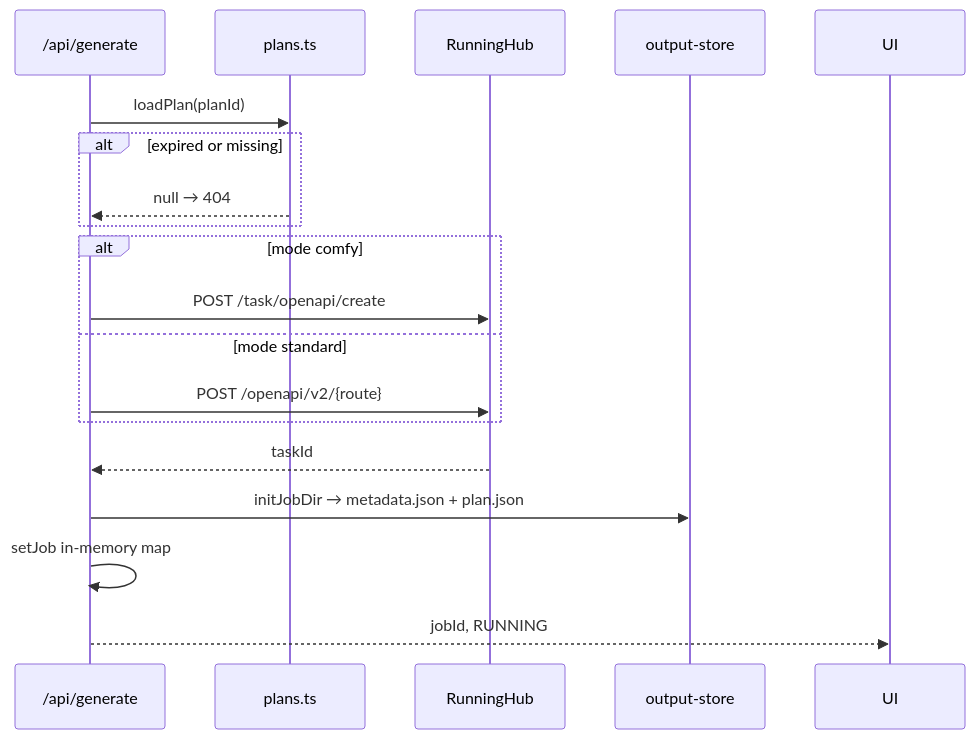
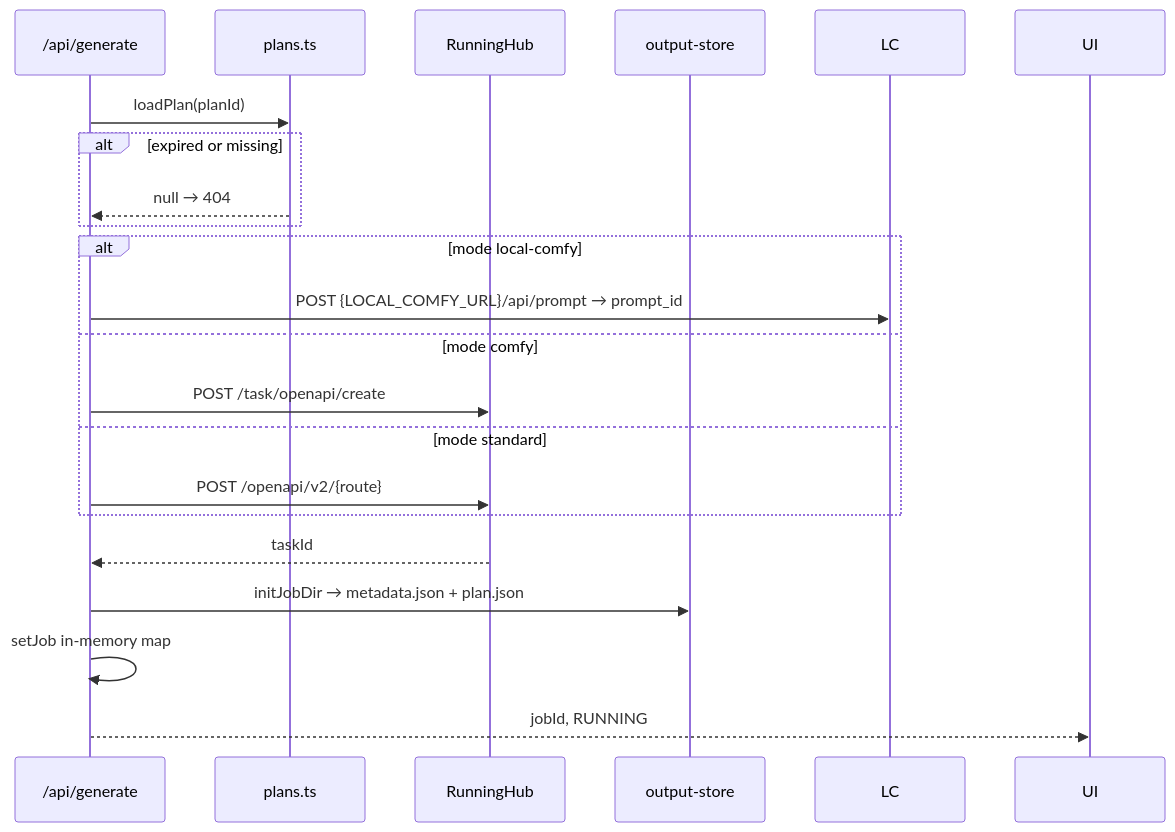
Before and after one commit to jxjwilliam/nsfw-app: the seventh of 12 diagrams in docs/implementation-guide.md, drawn with Mermaid. The commit also changed other lines of this file and 34 other files, not shown here.

````diff
--- a/docs/implementation-guide.md
+++ b/docs/implementation-guide.md
@@ -254,21 +277,23 @@
 ```mermaid
 sequenceDiagram
   participant G as /api/generate
   participant PL as plans.ts
   participant RH as RunningHub
   participant OS as output-store
 
   G->>PL: loadPlan(planId)
   alt expired or missing
     PL-->>G: null → 404
   end
-  alt mode comfy
+  alt mode local-comfy
+    G->>LC: POST {LOCAL_COMFY_URL}/api/prompt → prompt_id
+  else mode comfy
     G->>RH: POST /task/openapi/create
   else mode standard
     G->>RH: POST /openapi/v2/{route}
   end
   RH-->>G: taskId
   G->>OS: initJobDir → metadata.json + plan.json
   G->>G: setJob in-memory map
   G-->>UI: jobId, RUNNING
 ```
````
